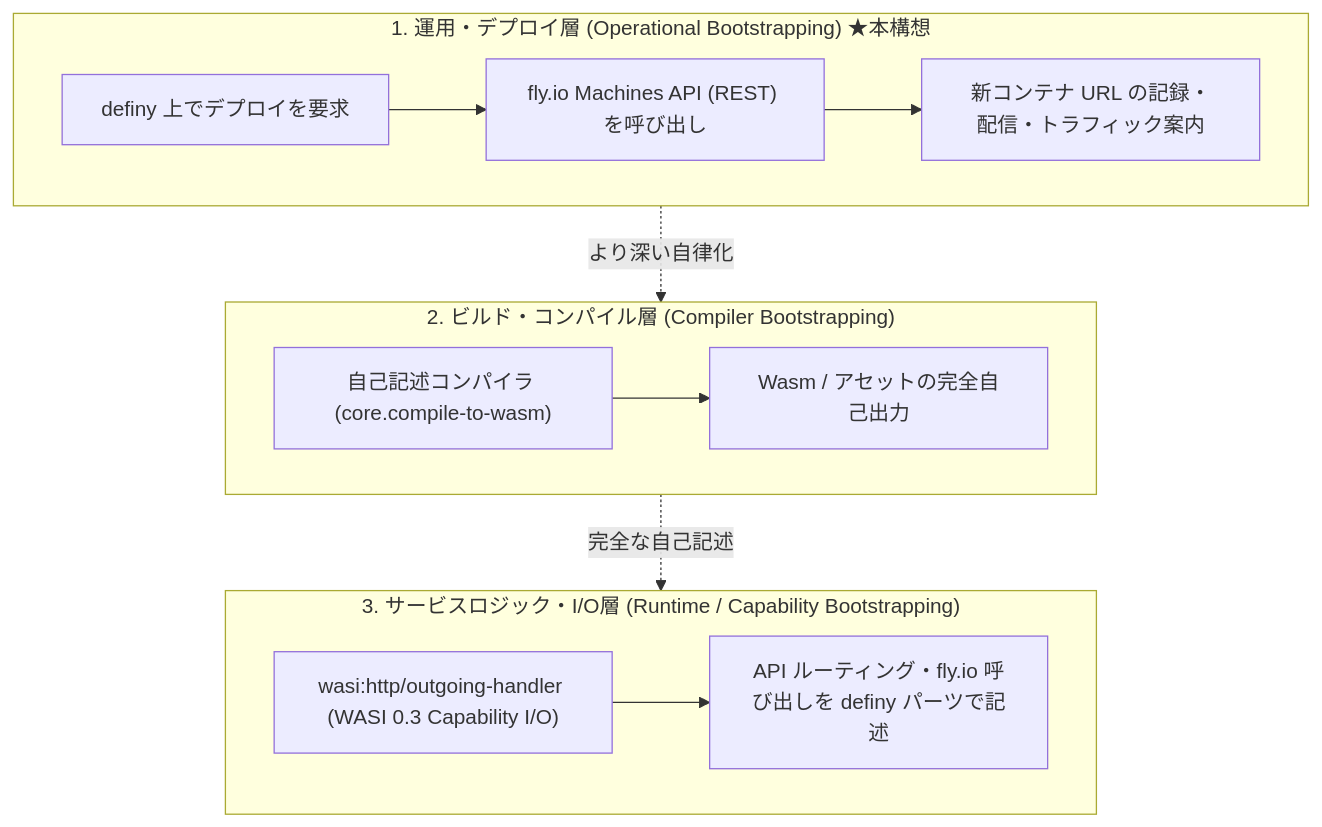
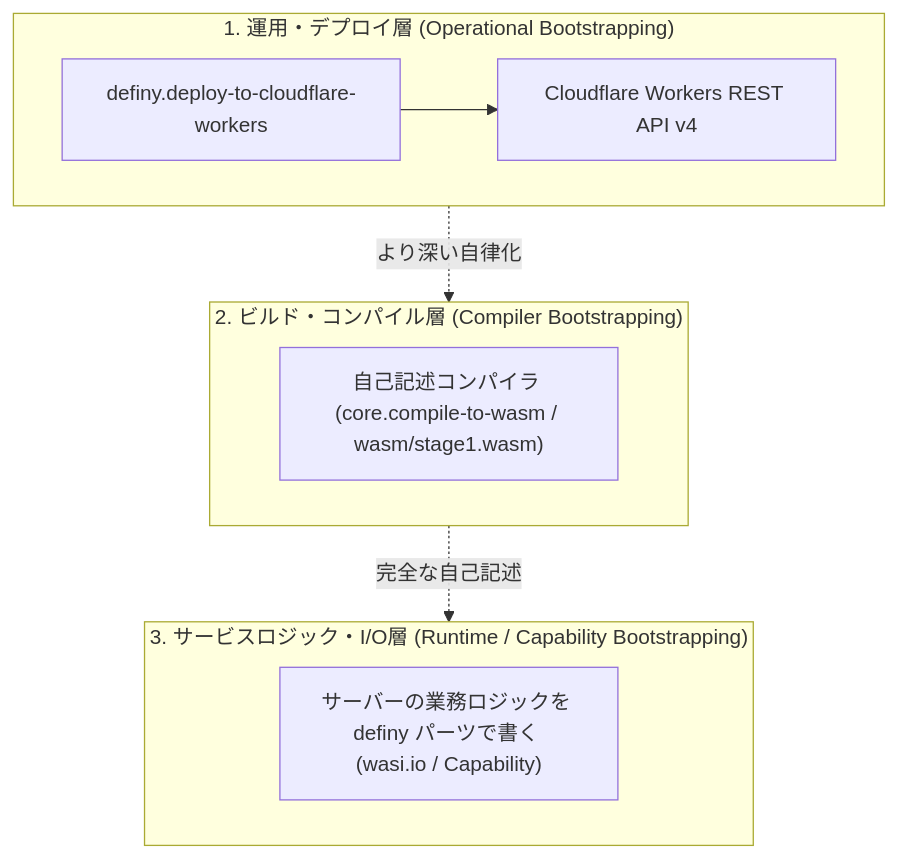
Before and after one commit to narumincho/definy: the diagram in docs/deployment-bootstrapping.md, drawn with Mermaid. The commit also changed other lines of this file and 39 other files, not shown here.

````diff
--- a/docs/deployment-bootstrapping.md
+++ b/docs/deployment-bootstrapping.md
@@ -30,24 +9,19 @@
 ```mermaid
 graph TD
-    subgraph Layer1["1. 運用・デプロイ層 (Operational Bootstrapping) ★本構想"]
-        DeployReq["definy 上でデプロイを要求"]
-        MachinesAPI["fly.io Machines API (REST) を呼び出し"]
-        DeliverURL["新コンテナ URL の記録・配信・トラフィック案内"]
-        DeployReq --> MachinesAPI --> DeliverURL
+    subgraph Layer1["1. 運用・デプロイ層 (Operational Bootstrapping)"]
+        DeployPart["definy.deploy-to-cloudflare-workers"]
+        CfApi["Cloudflare Workers REST API v4"]
+        DeployPart --> CfApi
     end
 
     subgraph Layer2["2. ビルド・コンパイル層 (Compiler Bootstrapping)"]
-        SelfCompiler["自己記述コンパイラ (core.compile-to-wasm)"]
-        Artifacts["Wasm / アセットの完全自己出力"]
-        SelfCompiler --> Artifacts
+        SelfCompiler["自己記述コンパイラ (core.compile-to-wasm / wasm/stage1.wasm)"]
     end
 
     subgraph Layer3["3. サービスロジック・I/O層 (Runtime / Capability Bootstrapping)"]
-        WasiHttp["wasi:http/outgoing-handler (WASI 0.3 Capability I/O)"]
-        SelfServer["API ルーティング・fly.io 呼び出しを definy パーツで記述"]
-        WasiHttp --> SelfServer
+        SelfServer["サーバーの業務ロジックを definy パーツで書く (wasi.io / Capability)"]
     end
 
     Layer1 -.->|より深い自律化| Layer2
     Layer2 -.->|完全な自己記述| Layer3
 ```
````
